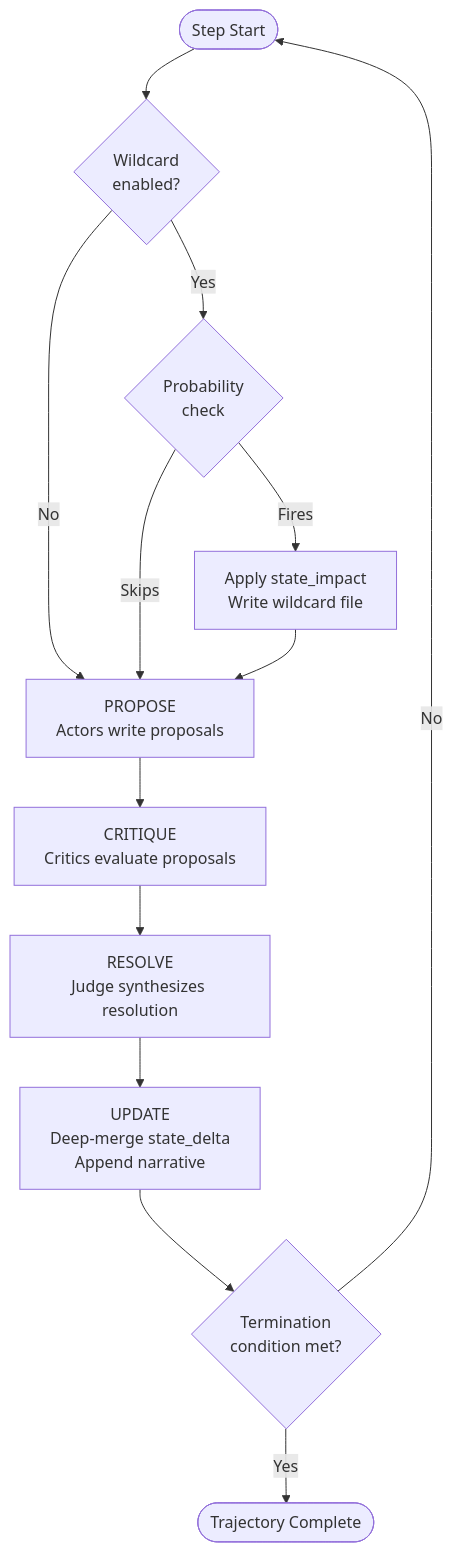
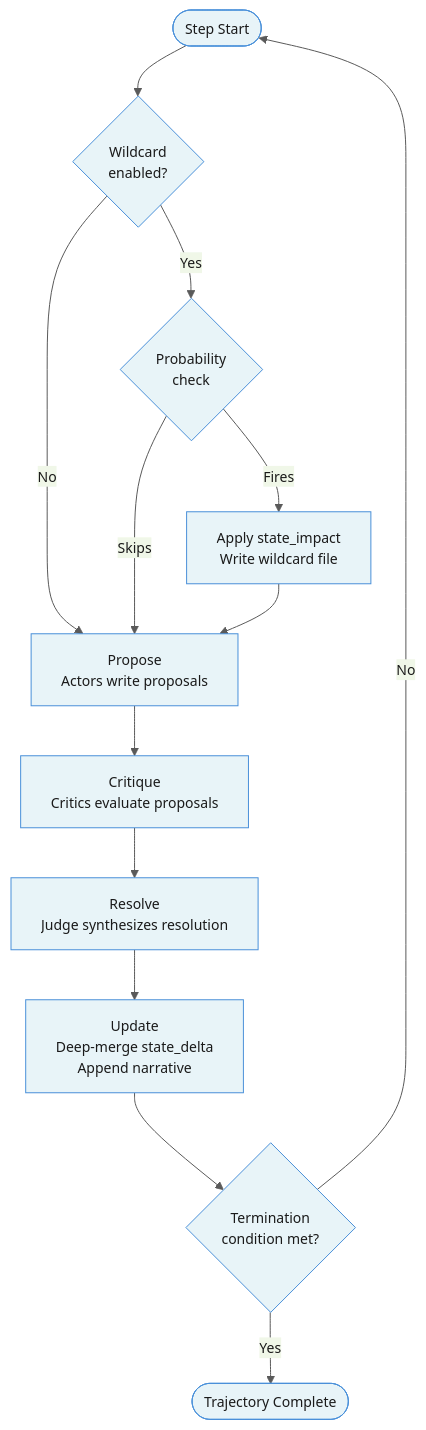
Before and after one commit to georgosgeorgos/minimal-agora: the first of 8 diagrams in docs/guide.md, drawn with Mermaid. The commit also changed other lines of this file and 1 other file, not shown here.

First line of the commit message:
Improve Mermaid diagram readability: light theme, clean labels

````diff
--- a/docs/guide.md
+++ b/docs/guide.md
@@ -64,15 +64,16 @@
 ```mermaid
+%%{init: {'theme': 'base', 'themeVariables': {'primaryColor': '#e8f4f8', 'primaryTextColor': '#1a1a1a', 'primaryBorderColor': '#4a90d9', 'lineColor': '#5a5a5a', 'secondaryColor': '#f0f7e8', 'tertiaryColor': '#fff5e6', 'fontSize': '14px'}}}%%
 flowchart TD
     START([Step Start]) --> WC{Wildcard\nenabled?}
     WC -->|No| PROPOSE
     WC -->|Yes| PROB{Probability\ncheck}
     PROB -->|Fires| APPLY[Apply state_impact\nWrite wildcard file]
     PROB -->|Skips| PROPOSE
-    APPLY --> PROPOSE[PROPOSE\nActors write proposals]
-    PROPOSE --> CRITIQUE[CRITIQUE\nCritics evaluate proposals]
-    CRITIQUE --> RESOLVE[RESOLVE\nJudge synthesizes resolution]
-    RESOLVE --> UPDATE[UPDATE\nDeep-merge state_delta\nAppend narrative]
+    APPLY --> PROPOSE[Propose\nActors write proposals]
+    PROPOSE --> CRITIQUE[Critique\nCritics evaluate proposals]
+    CRITIQUE --> RESOLVE[Resolve\nJudge synthesizes resolution]
+    RESOLVE --> UPDATE[Update\nDeep-merge state_delta\nAppend narrative]
     UPDATE --> CHECK{Termination\ncondition met?}
     CHECK -->|Yes| END([Trajectory Complete])
     CHECK -->|No| START
 ```
````
